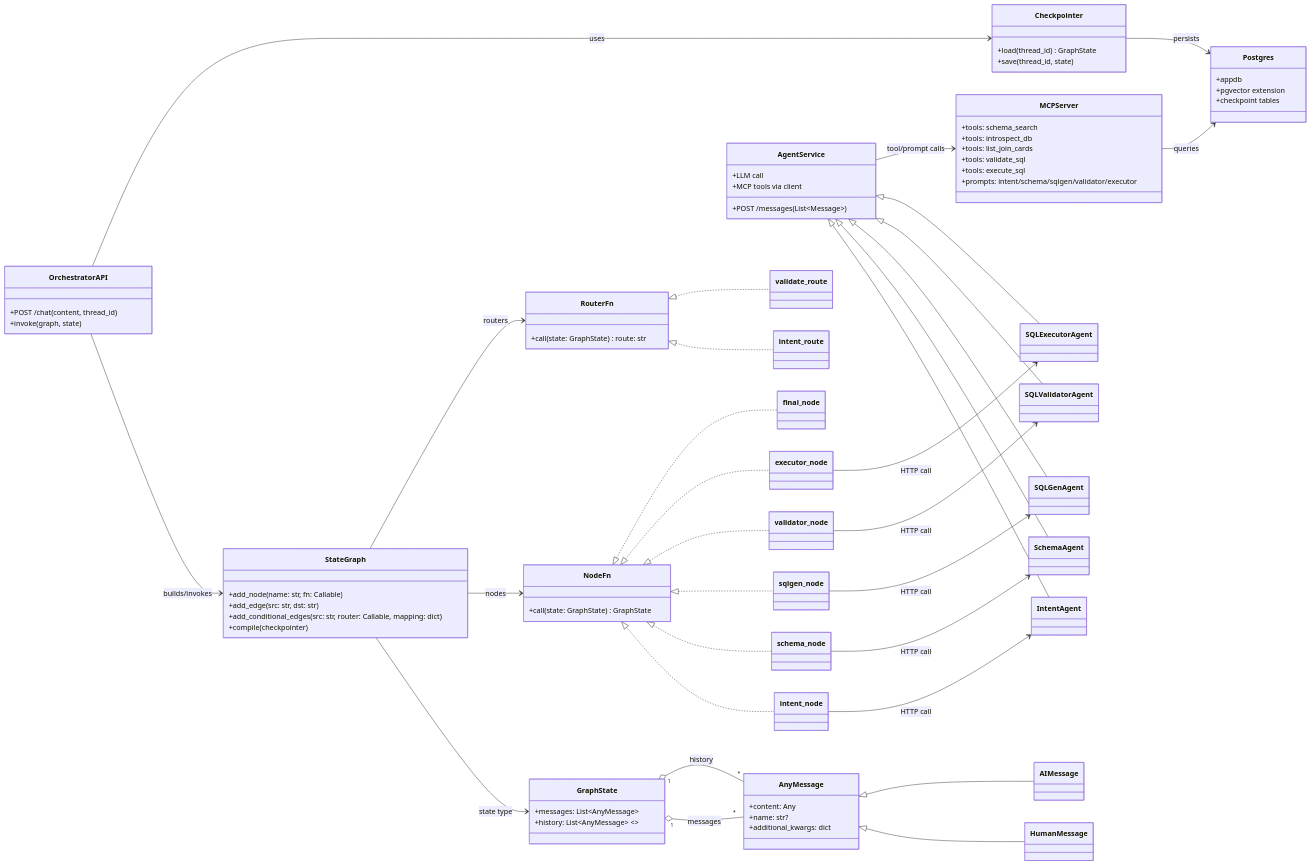
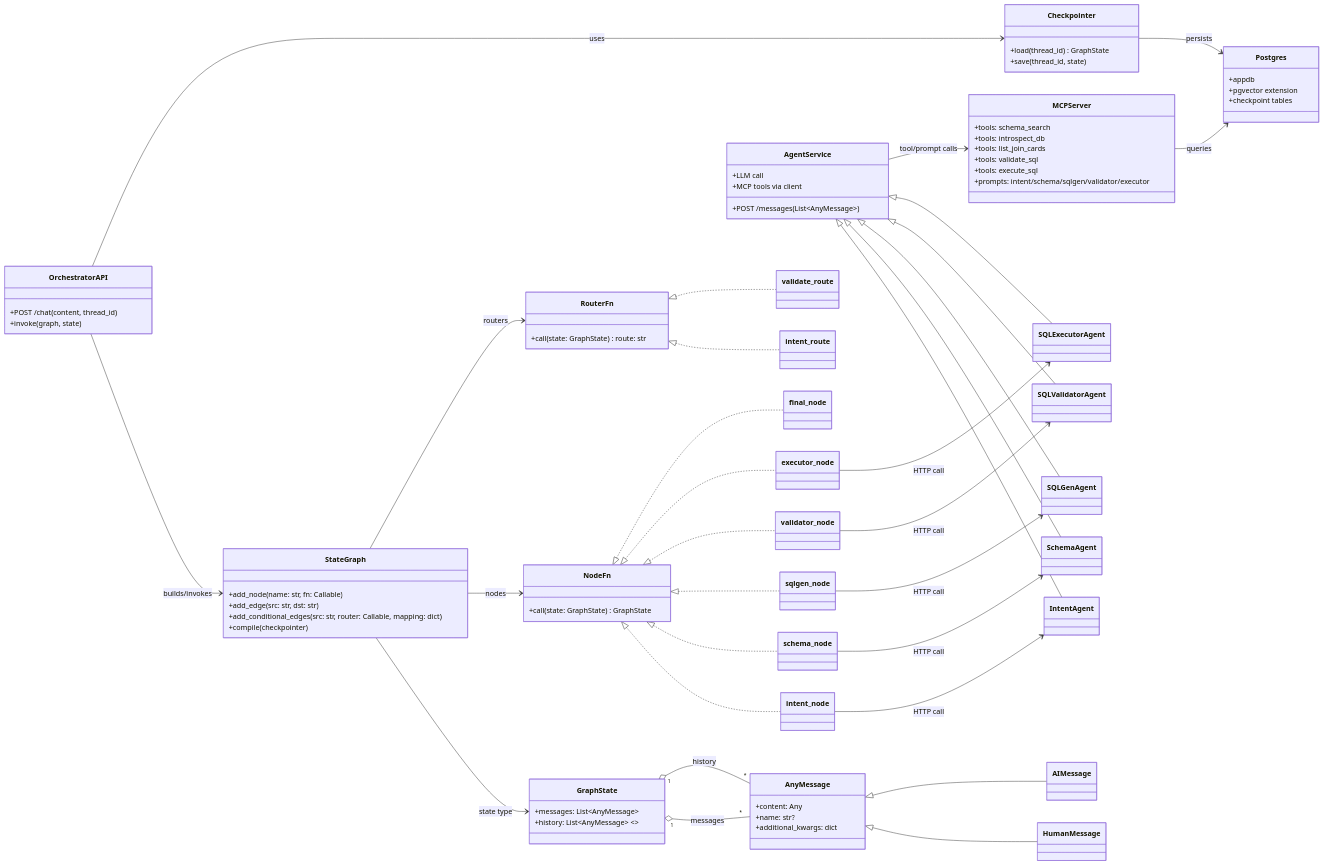
One commit to attractor-set/sql_agent_example changed the first of 3 diagrams in README.md. Above: the diagram before and after it, drawn with Mermaid.

Commit message:
[UML] class type update

```diff
--- a/README.md
+++ b/README.md
@@ -110,7 +110,7 @@
 }
 
 class AgentService {
-  +POST /messages(List~Message~)
+  +POST /messages(List~AnyMessage~)
   +LLM call
   +MCP tools via client
 }
```
